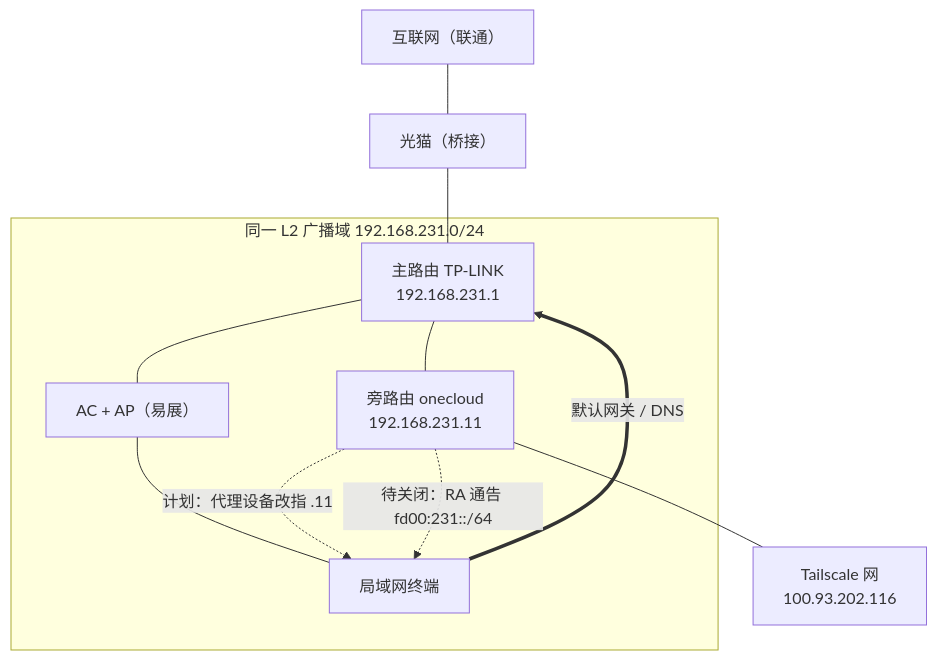
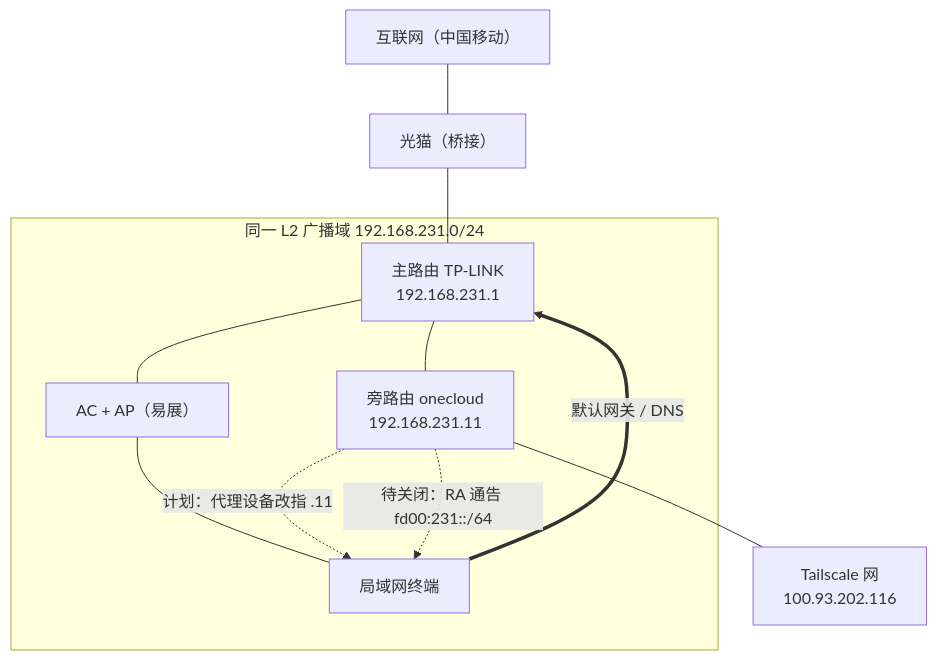
The diagram in AGENTS.md (fbigun/home-231), drawn with Mermaid before and after one commit. The commit also changed other lines of this file, not shown here.

````diff
--- a/AGENTS.md
+++ b/AGENTS.md
@@ -5,22 +5,22 @@
 ```mermaid
 flowchart TB
-    WAN["互联网（联通）"]
+    WAN["互联网（中国移动）"]
     ONT["光猫（桥接）"]
 
     subgraph L2["同一 L2 广播域 192.168.231.0/24"]
         MAIN["主路由 TP-LINK<br/>192.168.231.1"]
         AP["AC + AP（易展）"]
         ONE["旁路由 onecloud<br/>192.168.231.11"]
         DEV["局域网终端"]
     end
 
     TS["Tailscale 网<br/>100.93.202.116"]
 
     WAN --- ONT --- MAIN
     MAIN --- AP --- DEV
     MAIN --- ONE
     DEV ==>|"默认网关 / DNS"| MAIN
     ONE --- TS
     ONE -.->|"计划：代理设备改指 .11"| DEV
     ONE -.->|"待关闭：RA 通告 fd00:231::/64"| DEV
 ```
````
